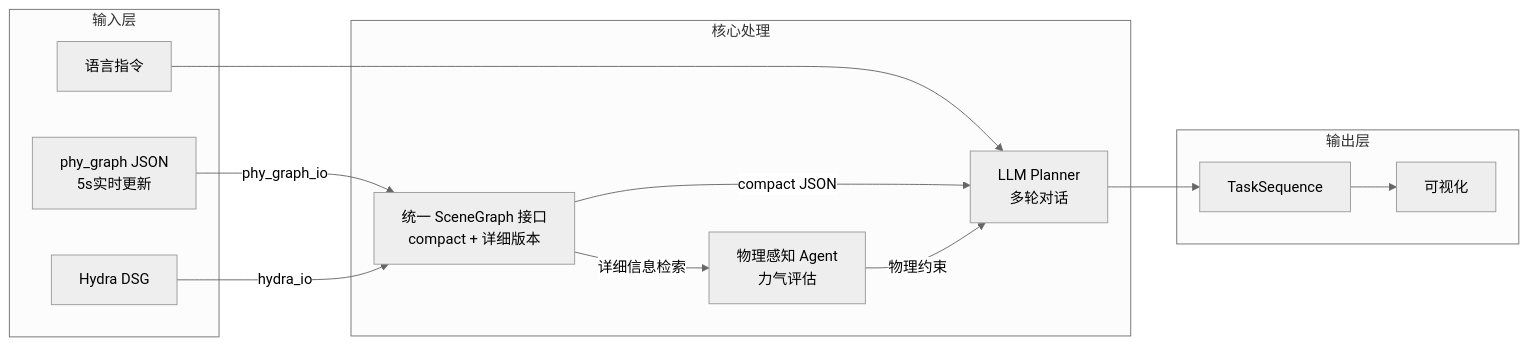
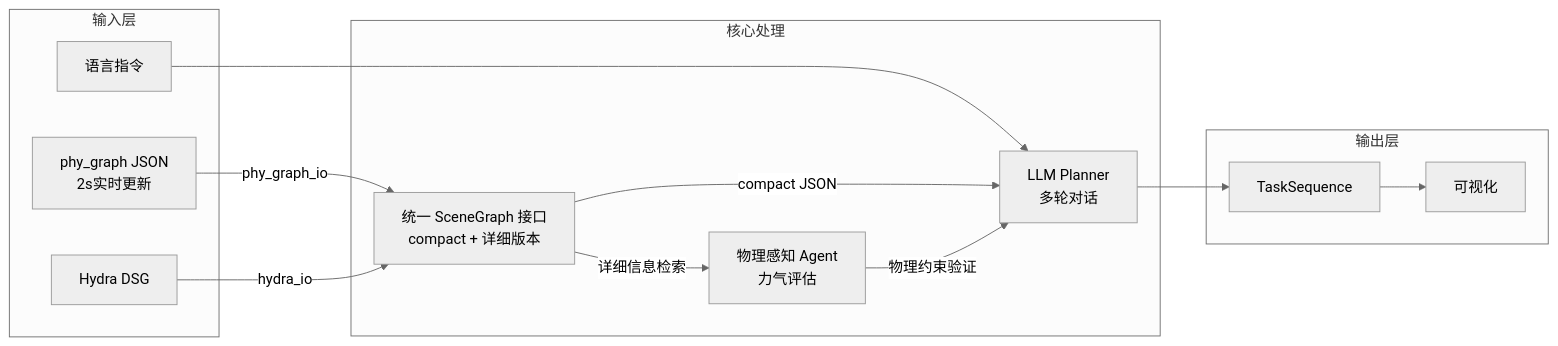
Before and after one commit to KamwingChan/Hydra_exp: the diagram in phy_plan/README.MD, drawn with Mermaid (neutral theme). The commit also changed other lines of this file and 14 other files, not shown here.

````diff
--- a/phy_plan/README.MD
+++ b/phy_plan/README.MD
@@ -13,28 +94,28 @@
 ```mermaid
 flowchart LR
     subgraph Input [输入层]
         A[语言指令]
-        B[phy_graph JSON<br/>5s实时更新]
+        B[phy_graph JSON<br/>2s实时更新]
         C[Hydra DSG]
     end
     
     subgraph Core [核心处理]
         D[统一 SceneGraph 接口<br/>compact + 详细版本]
         E[物理感知 Agent<br/>力气评估]
         F[LLM Planner<br/>多轮对话]
     end
     
     subgraph Output [输出层]
         G[TaskSequence]
         H[可视化]
     end
     
     A --> F
     B -->|phy_graph_io| D
     C -->|hydra_io| D
     D -->|compact JSON| F
     D -->|详细信息检索| E
-    E -->|物理约束| F
+    E -->|物理约束验证| F
     F --> G
     G --> H
 ```
````
